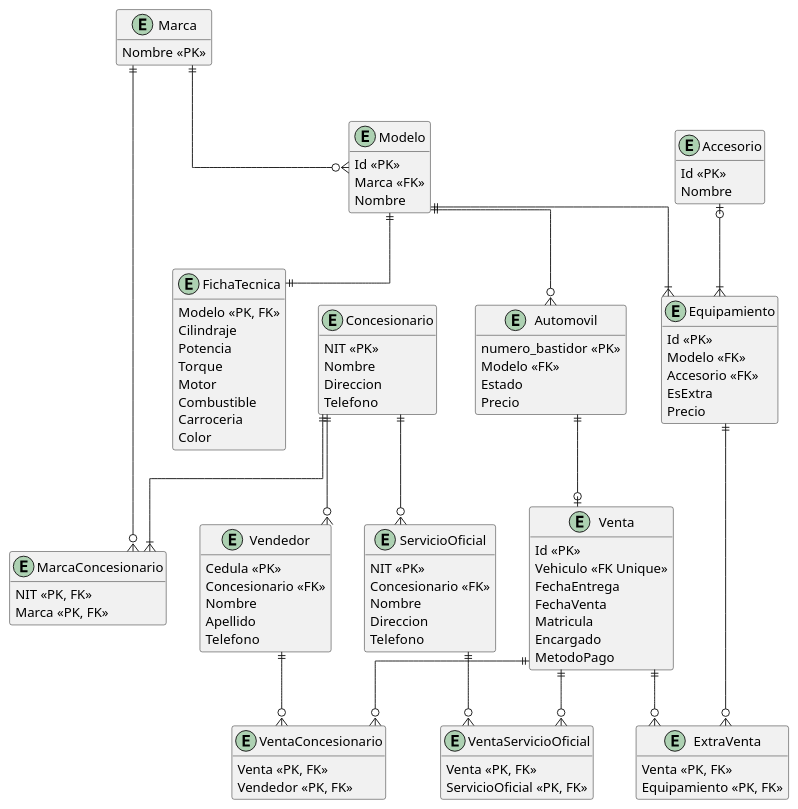
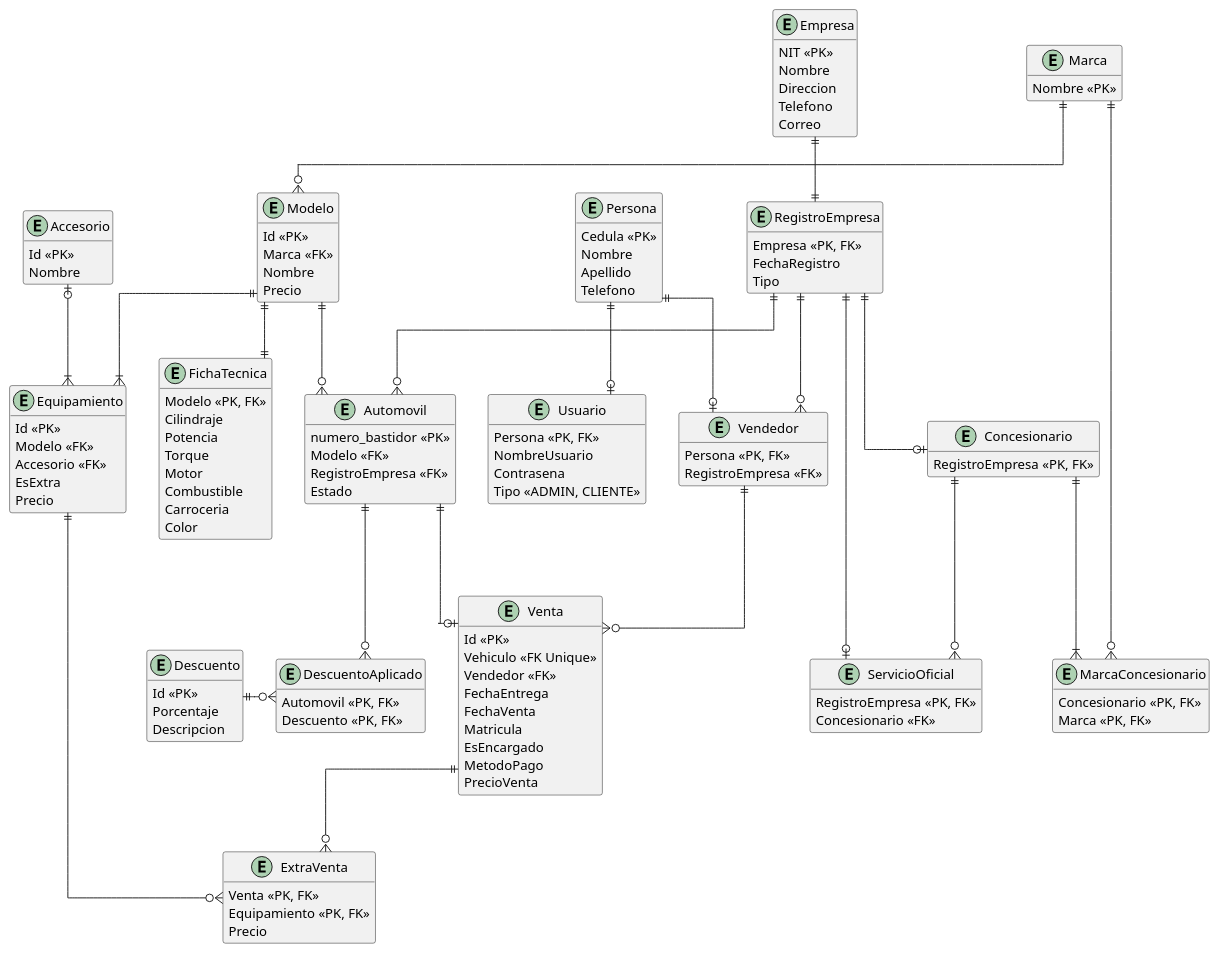
Before and after one commit to DraakoDev/Kabazaru: the diagram in prueba.puml, drawn with PlantUML. The commit also changed 3 other files, not shown here.

Commit message:
Docs: Diagrama ERv2 Completado

```diff
--- a/prueba.puml
+++ b/prueba.puml
@@ -1,118 +1,147 @@
-@startuml
+@startuml Diagrama ER - Concesionario
 
 skinparam linetype ortho
 
-entity Concesionario {
+entity Empresa {
     NIT <<PK>>
     Nombre
     Direccion
     Telefono
+    Correo
+}
+
+entity RegistroEmpresa {
+    Empresa <<PK, FK>>
+    FechaRegistro
+    Tipo
+}
+
+entity Concesionario {
+    RegistroEmpresa <<PK, FK>>
+}
+
+entity ServicioOficial {
+    RegistroEmpresa <<PK, FK>>
+    Concesionario <<FK>>
 }
 
 entity Marca {
     Nombre <<PK>>
 }
 
 entity MarcaConcesionario {
-    NIT <<PK, FK>>
+    Concesionario <<PK, FK>>
     Marca <<PK, FK>>
-}
-
-entity ServicioOficial {
-    NIT <<PK>>
-    Concesionario <<FK>>
-    Nombre
-    Direccion
-    Telefono
 }
 
 entity Modelo {
     Id <<PK>>
     Marca <<FK>>
     Nombre 
+    Precio
 }
 
 entity FichaTecnica {
     Modelo <<PK, FK>>
     Cilindraje
     Potencia
     Torque
     Motor
     Combustible
     Carroceria
     Color
 }
 
 entity Equipamiento {
     Id <<PK>>
     Modelo <<FK>>
     Accesorio <<FK>>
     EsExtra
     Precio
 }
 
 entity Accesorio {
     Id <<PK>>
     Nombre
 }
 
 entity Automovil {
     numero_bastidor <<PK>>
     Modelo <<FK>>
+    RegistroEmpresa <<FK>>
     Estado
-    Precio
 }
 
 entity Venta {
     Id <<PK>>
     Vehiculo <<FK Unique>>
+    Vendedor <<FK>>
     FechaEntrega
     FechaVenta
     Matricula
-    Encargado
+    EsEncargado
     MetodoPago
+    PrecioVenta
 }
 
 entity ExtraVenta {
     Venta <<PK, FK>>
     Equipamiento <<PK, FK>>
+    Precio
 }
 
-entity Vendedor {
+entity Persona {
     Cedula <<PK>>
-    Concesionario <<FK>>
     Nombre
     Apellido
     Telefono
 }
 
-entity VentaConcesionario {
-    Venta <<PK, FK>>
-    Vendedor <<PK, FK>>
+entity Usuario {
+    Persona <<PK, FK>>
+    NombreUsuario
+    Contrasena
+    Tipo <<ADMIN, CLIENTE>>
 }
 
-entity VentaServicioOficial {
-    Venta <<PK, FK>>
-    ServicioOficial <<PK, FK>>
+entity Vendedor {
+    Persona <<PK, FK>>
+    RegistroEmpresa <<FK>>
+}
+
+entity Descuento {
+    Id <<PK>>
+    Porcentaje
+    Descripcion
+}
+
+entity DescuentoAplicado {
+    Automovil <<PK, FK>>
+    Descuento <<PK, FK>>
 }
 
 hide methods
 
+Empresa ||--|| RegistroEmpresa
+RegistroEmpresa ||--o| Concesionario
+RegistroEmpresa ||--o| ServicioOficial
+RegistroEmpresa ||--o{ Vendedor
 Concesionario ||--o{ ServicioOficial
 Concesionario ||--|{ MarcaConcesionario
-Concesionario ||--o{ Vendedor
 Marca ||--o{ MarcaConcesionario
 Marca ||--o{ Modelo
 Modelo ||--o{ Automovil
 Modelo ||--|| FichaTecnica
 Modelo ||--|{Equipamiento
 Accesorio |o--|{ Equipamiento
-Venta ||--o{ VentaConcesionario
-Venta ||--o{ VentaServicioOficial
-Vendedor ||--o{ VentaConcesionario
-ServicioOficial ||--o{ VentaServicioOficial
 Automovil ||--o| Venta
 Equipamiento ||--o{ ExtraVenta
 Venta ||--o{ ExtraVenta
+Vendedor ||--o{ Venta
+Automovil ||--o{ DescuentoAplicado
+Descuento ||-right-o{ DescuentoAplicado
+RegistroEmpresa ||--o{ Automovil
+Persona ||--o| Usuario
+Persona ||--o| Vendedor
 
 @enduml
```
